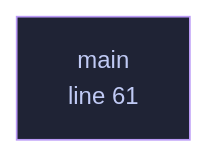
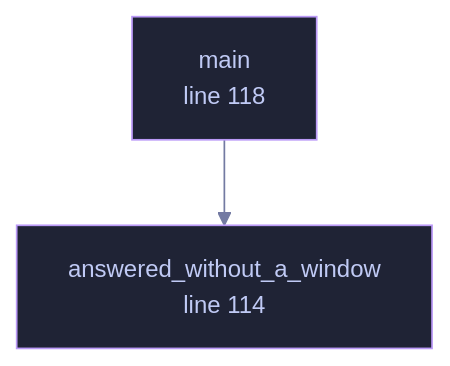
Before and after one commit to tilas01/veilvoice: the diagram in docs/files/veilvoice-gui/main.md, drawn with Mermaid. The commit also changed other lines of this file and 44 other files, not shown here.

````diff
--- a/docs/files/veilvoice-gui/main.md
+++ b/docs/files/veilvoice-gui/main.md
@@ -89,8 +89,13 @@
 ```mermaid
 %%{init: {"theme":"base","themeVariables":{"background":"#1a1b26","primaryColor":"#1f2335","primaryTextColor":"#c0caf5","primaryBorderColor":"#7aa2f7","secondaryColor":"#16161e","tertiaryColor":"#16161e","lineColor":"#737aa2","textColor":"#c0caf5","mainBkg":"#1f2335","nodeBorder":"#7aa2f7","clusterBkg":"#16161e","clusterBorder":"#2f3549","fontFamily":"ui-monospace, SFMono-Regular, Consolas, monospace","fontSize":"14px"}}}%%
 flowchart TD
-    n_main["main<br/>line 61"]
-    click n_main href "https://github.com/tilas01/veilvoice/blob/main/crates/veilvoice-gui/src/main.rs#L61" "open the source"
+    n_answered_without_a_window["answered_without_a_window<br/>line 99"]
+    n_answered_without_a_window["answered_without_a_window<br/>line 114"]
+    n_main["main<br/>line 118"]
+    n_main --> n_answered_without_a_window
+    click n_answered_without_a_window href "https://github.com/tilas01/veilvoice/blob/main/crates/veilvoice-gui/src/main.rs#L99" "open the source"
+    click n_answered_without_a_window href "https://github.com/tilas01/veilvoice/blob/main/crates/veilvoice-gui/src/main.rs#L114" "open the source"
+    click n_main href "https://github.com/tilas01/veilvoice/blob/main/crates/veilvoice-gui/src/main.rs#L118" "open the source"
     classDef helper fill:#1f2335,stroke:#bb9af7,color:#c0caf5
-    class n_main helper
+    class n_answered_without_a_window,n_answered_without_a_window,n_main helper
 ```
````
